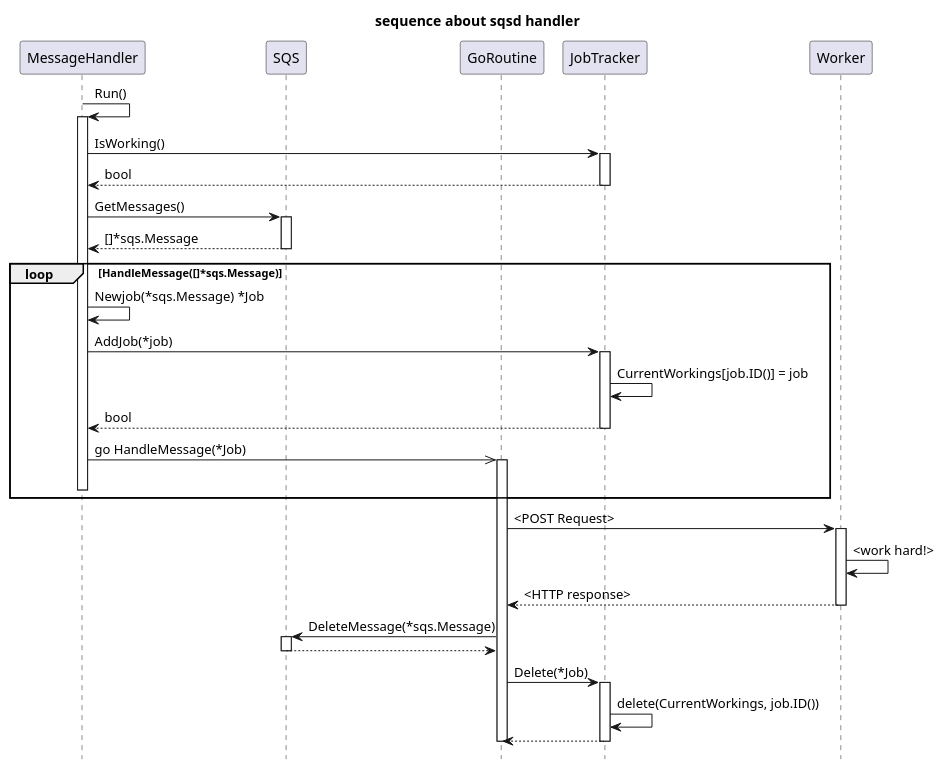
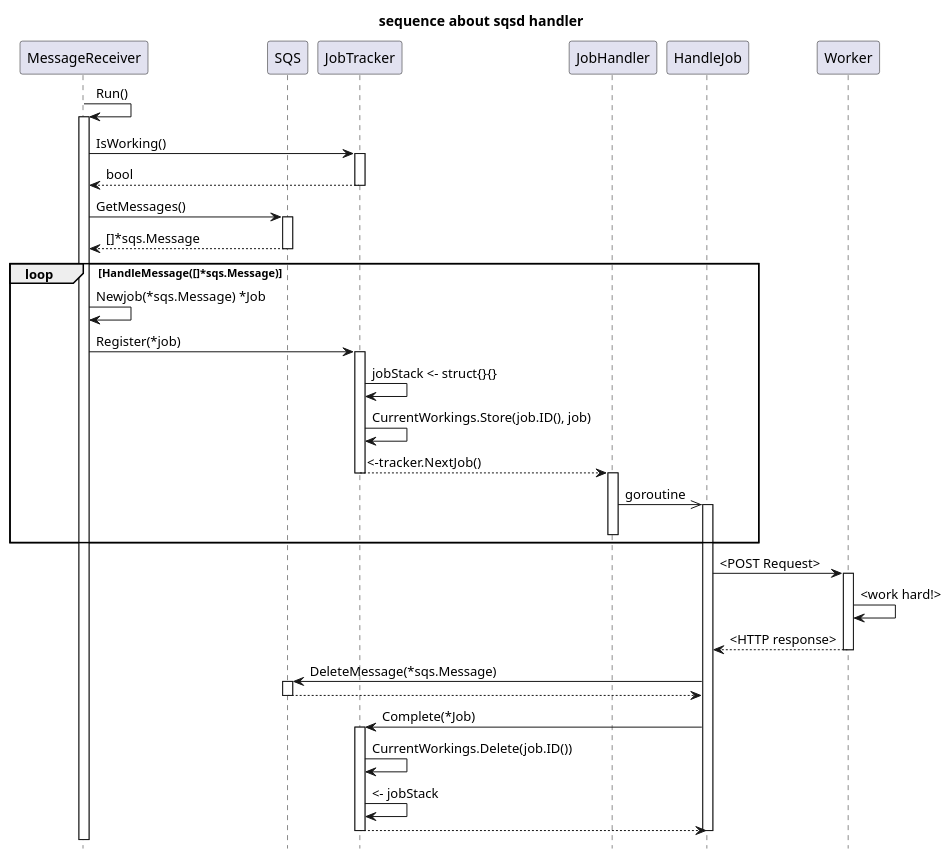
One commit to taiyoh/sqsd changed the diagram in doc/msg_handler_sequence.puml. Above: the diagram before and after it, drawn with PlantUML. The commit also changed 1 other file, not shown here.

```diff
--- a/doc/msg_handler_sequence.puml
+++ b/doc/msg_handler_sequence.puml
@@ -1,55 +1,59 @@
 @startuml
 
 title "sequence about sqsd handler"
 hide footbox
 
-participant MessageHandler
+participant MessageReceiver
 participant SQS
-participant GoRoutine
 participant JobTracker
+participant JobHandler
+participant HandleJob
 participant Worker
 
-MessageHandler -> MessageHandler : Run()
-activate MessageHandler
+MessageReceiver -> MessageReceiver : Run()
+activate MessageReceiver
 
-MessageHandler -> JobTracker : IsWorking()
+MessageReceiver -> JobTracker : IsWorking()
 activate JobTracker
-MessageHandler <-- JobTracker : bool
+MessageReceiver <-- JobTracker : bool
 deactivate JobTracker
 
-MessageHandler -> SQS : GetMessages()
+MessageReceiver -> SQS : GetMessages()
 activate SQS
-MessageHandler <-- SQS : []*sqs.Message
+MessageReceiver <-- SQS : []*sqs.Message
 deactivate SQS
 
 loop HandleMessage([]*sqs.Message)
-  MessageHandler -> MessageHandler : Newjob(*sqs.Message) *Job
-  MessageHandler -> JobTracker : AddJob(*job)
+  MessageReceiver -> MessageReceiver : Newjob(*sqs.Message) *Job
+  MessageReceiver -> JobTracker : Register(*job)
   activate JobTracker
 
-  JobTracker -> JobTracker : CurrentWorkings[job.ID()] = job
-  MessageHandler <-- JobTracker : bool
+  JobTracker -> JobTracker : jobStack <- struct{}{}
+  JobTracker -> JobTracker : CurrentWorkings.Store(job.ID(), job)
+  JobHandler <-- JobTracker : <-tracker.NextJob()
   deactivate JobTracker
+  activate JobHandler
 
-  MessageHandler ->> GoRoutine : go HandleMessage(*Job)
-  activate GoRoutine
-  deactivate MessageHandler
+  JobHandler ->> HandleJob : goroutine
+  activate HandleJob
+  deactivate JobHandler
 end
 
-GoRoutine -> Worker : <POST Request>
+HandleJob -> Worker : <POST Request>
 activate Worker
 Worker -> Worker : <work hard!>
-GoRoutine <-- Worker : <HTTP response>
+HandleJob <-- Worker : <HTTP response>
 deactivate Worker
-GoRoutine -> SQS : DeleteMessage(*sqs.Message)
+HandleJob -> SQS : DeleteMessage(*sqs.Message)
 activate SQS
-GoRoutine <-- SQS
+HandleJob <-- SQS
 deactivate SQS
-GoRoutine -> JobTracker : Delete(*Job)
+HandleJob -> JobTracker : Complete(*Job)
 activate JobTracker
-JobTracker -> JobTracker : delete(CurrentWorkings, job.ID())
-GoRoutine <-- JobTracker
+JobTracker -> JobTracker : CurrentWorkings.Delete(job.ID())
+JobTracker -> JobTracker : <- jobStack
+HandleJob <-- JobTracker
 deactivate JobTracker
-deactivate GoRoutine
+deactivate HandleJob
 
 @enduml
```
